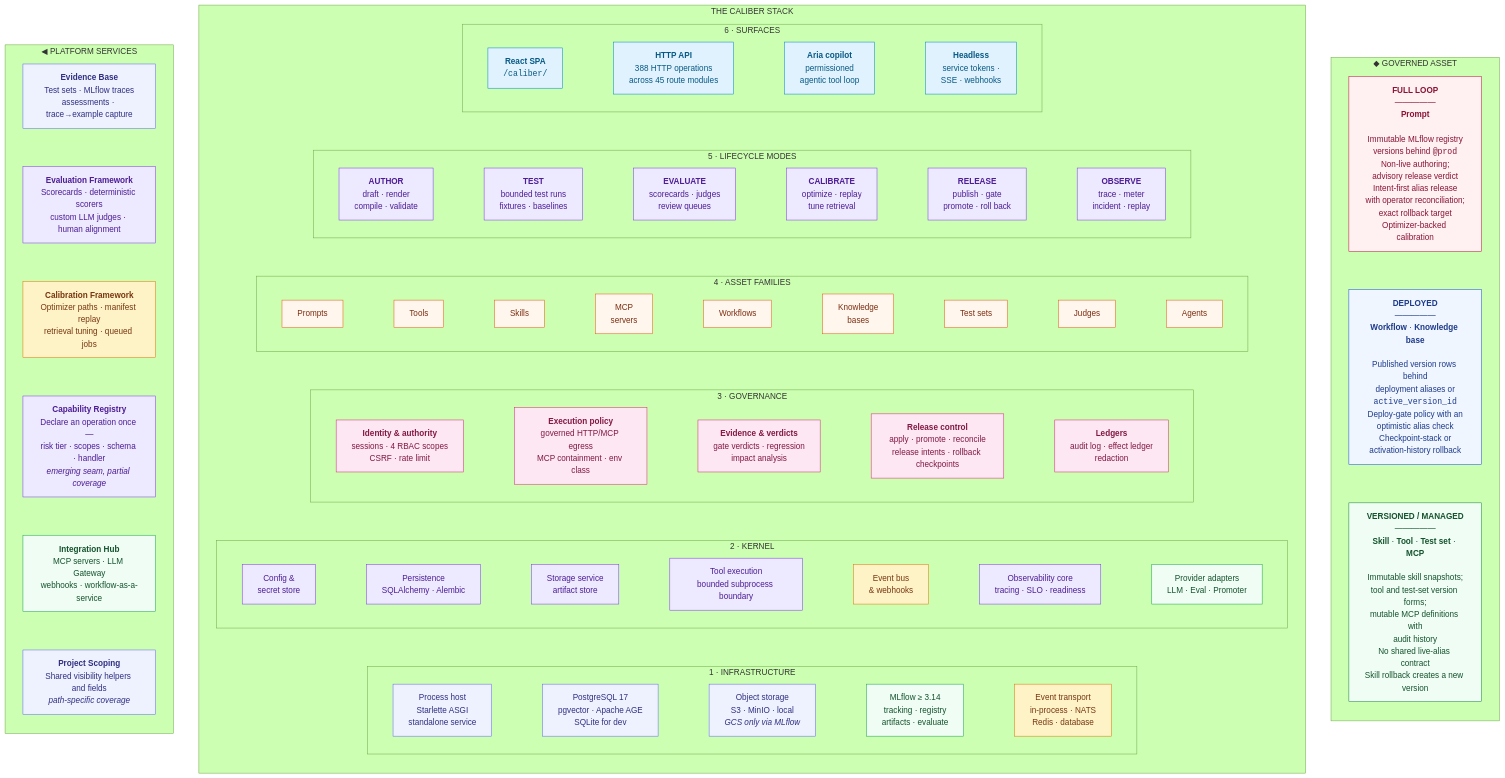
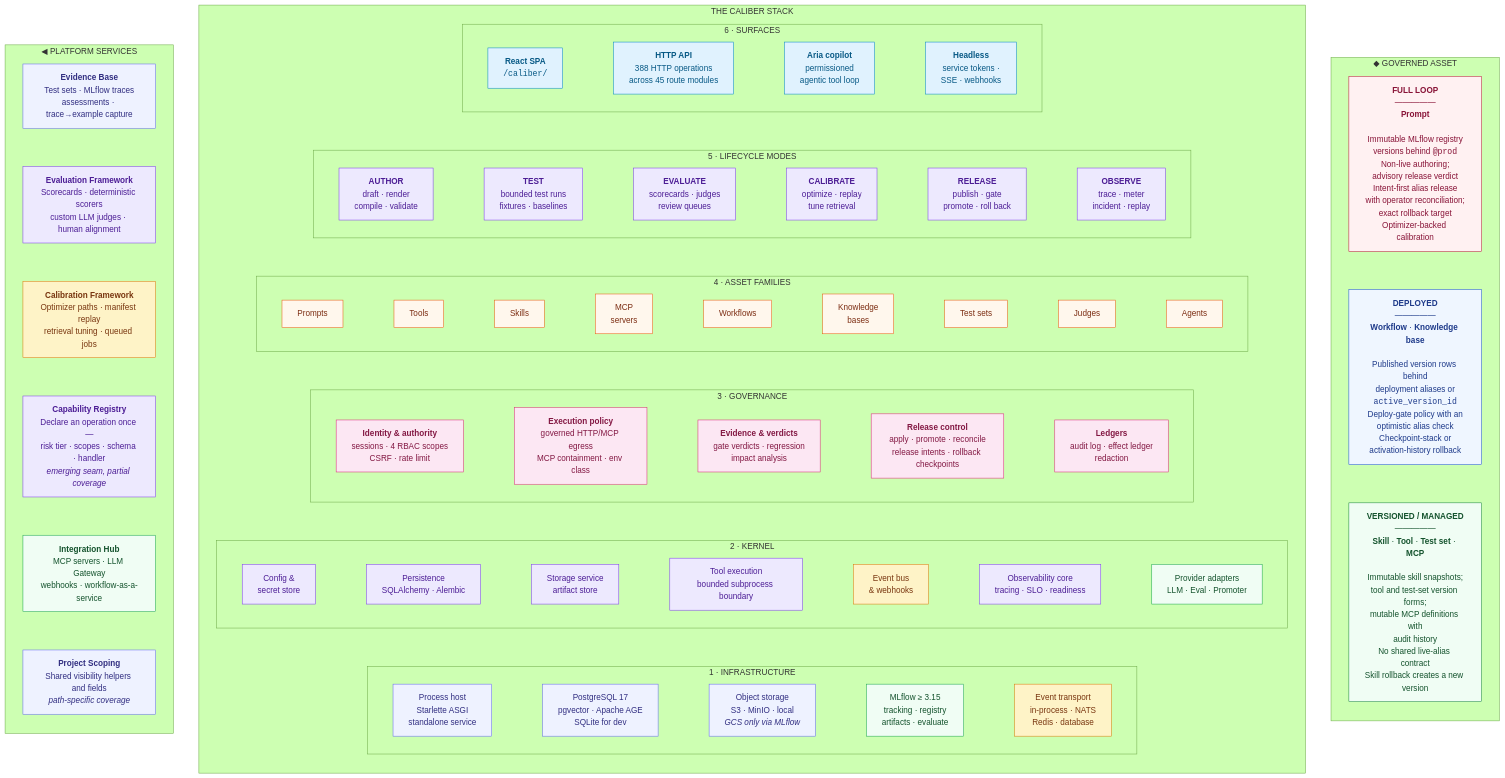
Before and after one commit to rrahimi-uci/caliber-suite: the first of 8 diagrams in ARCHITECTURE.md, drawn with Mermaid (forest theme). The commit also changed 7 other files, not shown here.

```diff
--- a/ARCHITECTURE.md
+++ b/ARCHITECTURE.md
@@ -163,7 +163,7 @@
       i1["Process host<br/>Starlette ASGI<br/>standalone service"]:::store
       i2["PostgreSQL 17<br/>pgvector · Apache AGE<br/>SQLite for dev"]:::store
       i3["Object storage<br/>S3 · MinIO · local<br/><i>GCS only via MLflow</i>"]:::store
-      i4["MLflow ≥ 3.14<br/>tracking · registry<br/>artifacts · evaluate"]:::ext
+      i4["MLflow ≥ 3.15<br/>tracking · registry<br/>artifacts · evaluate"]:::ext
       i5["Event transport<br/>in-process · NATS<br/>Redis · database"]:::async
       i1 --- i2 --- i3 --- i4 --- i5
     end
```
